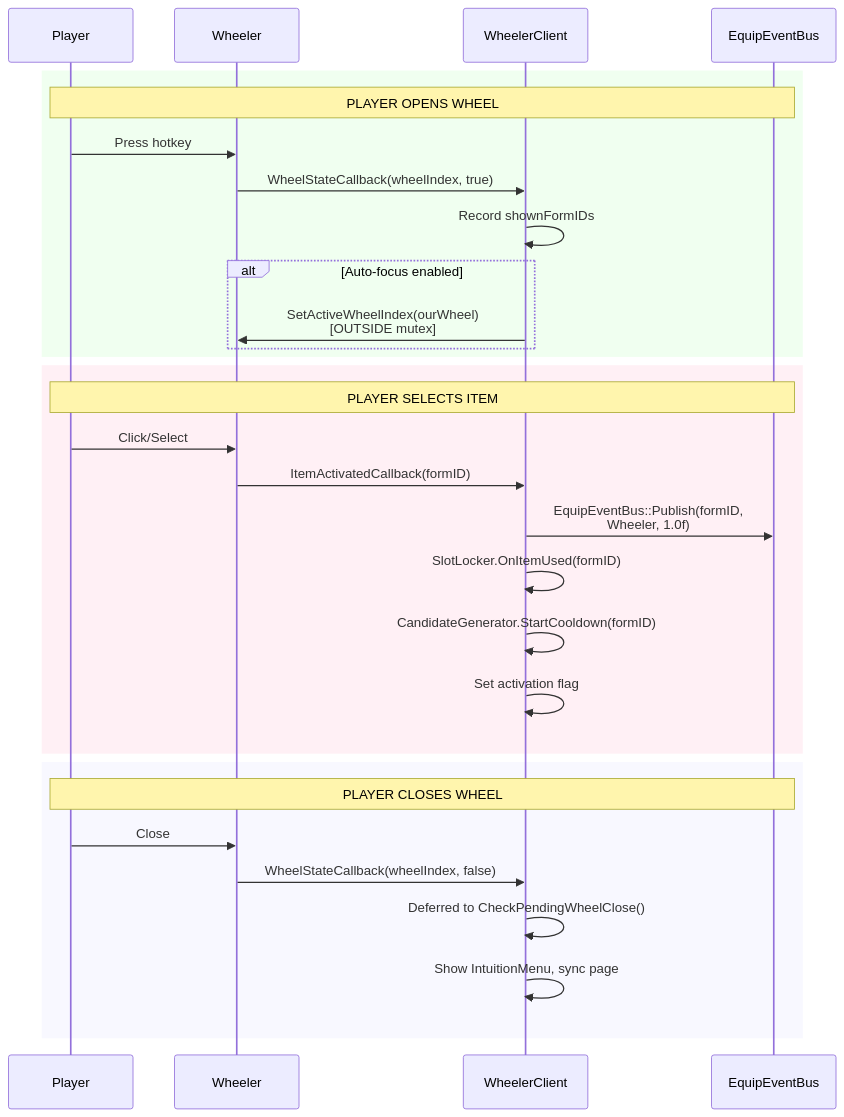
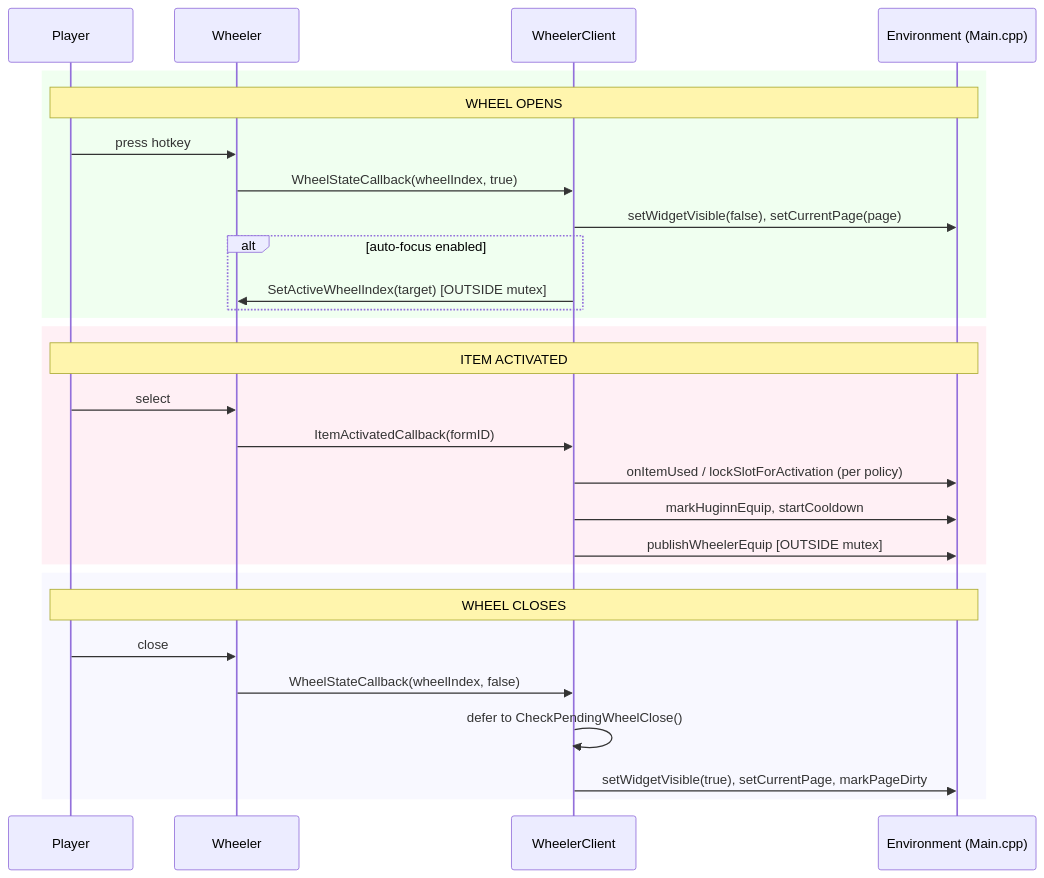
The sixth of 10 diagrams in docs/architecture/6-ui-ux.md (LandingCrew/huginn), drawn with Mermaid before and after one commit. The commit also changed other lines of this file and 27 other files, not shown here.

````diff
--- a/docs/architecture/6-ui-ux.md
+++ b/docs/architecture/6-ui-ux.md
@@ -300,35 +645,34 @@
 ```mermaid
 sequenceDiagram
     participant Player
     participant Wheeler
     participant Huginn as WheelerClient
-    participant Bus as EquipEventBus
+    participant Env as Environment (Main.cpp)
 
     rect rgb(240, 255, 240)
-        Note over Player,Bus: PLAYER OPENS WHEEL
-        Player->>Wheeler: Press hotkey
+        Note over Player,Env: WHEEL OPENS
+        Player->>Wheeler: press hotkey
         Wheeler->>Huginn: WheelStateCallback(wheelIndex, true)
-        Huginn->>Huginn: Record shownFormIDs
-        alt Auto-focus enabled
-            Huginn->>Wheeler: SetActiveWheelIndex(ourWheel)<br/>[OUTSIDE mutex]
+        Huginn->>Env: setWidgetVisible(false), setCurrentPage(page)
+        alt auto-focus enabled
+            Huginn->>Wheeler: SetActiveWheelIndex(target) [OUTSIDE mutex]
         end
     end
 
     rect rgb(255, 240, 245)
-        Note over Player,Bus: PLAYER SELECTS ITEM
-        Player->>Wheeler: Click/Select
+        Note over Player,Env: ITEM ACTIVATED
+        Player->>Wheeler: select
         Wheeler->>Huginn: ItemActivatedCallback(formID)
-        Huginn->>Bus: EquipEventBus::Publish(formID,<br/>Wheeler, 1.0f)
-        Huginn->>Huginn: SlotLocker.OnItemUsed(formID)
-        Huginn->>Huginn: CandidateGenerator.StartCooldown(formID)
-        Huginn->>Huginn: Set activation flag
+        Huginn->>Env: onItemUsed / lockSlotForActivation (per policy)
+        Huginn->>Env: markHuginnEquip, startCooldown
+        Huginn->>Env: publishWheelerEquip [OUTSIDE mutex]
     end
 
     rect rgb(248, 248, 255)
-        Note over Player,Bus: PLAYER CLOSES WHEEL
-        Player->>Wheeler: Close
+        Note over Player,Env: WHEEL CLOSES
+        Player->>Wheeler: close
         Wheeler->>Huginn: WheelStateCallback(wheelIndex, false)
-        Huginn->>Huginn: Deferred to CheckPendingWheelClose()
-        Huginn->>Huginn: Show IntuitionMenu, sync page
+        Huginn->>Huginn: defer to CheckPendingWheelClose()
+        Huginn->>Env: setWidgetVisible(true), setCurrentPage, markPageDirty
     end
 ```
````
